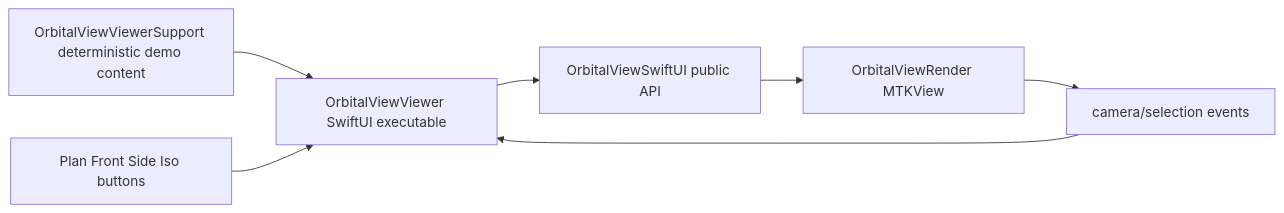
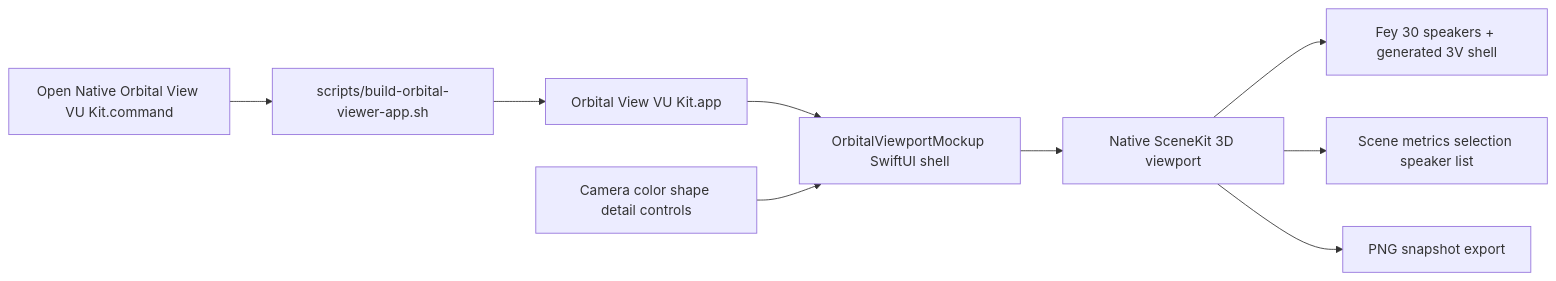
Before and after one commit to jebagu/orbital-view: diagram 12 of 15 in docs/system-flows.md, drawn with Mermaid. The commit also changed other lines of this file and 24 other files, not shown here.

````diff
--- a/docs/system-flows.md
+++ b/docs/system-flows.md
@@ -183,9 +183,11 @@
 ```mermaid
 flowchart LR
-  Support["OrbitalViewViewerSupport deterministic demo content"] --> Viewer["OrbitalViewViewer SwiftUI executable"]
-  CameraButtons["Plan Front Side Iso buttons"] --> Viewer
-  Viewer --> SwiftUI["OrbitalViewSwiftUI public API"]
-  SwiftUI --> Renderer["OrbitalViewRender MTKView"]
-  Renderer --> Events["camera/selection events"]
-  Events --> Viewer
+  Launcher["Open Native Orbital View VU Kit.command"] --> Builder["scripts/build-orbital-viewer-app.sh"]
+  Builder --> App["Orbital View VU Kit.app"]
+  App --> Mockup["OrbitalViewportMockup SwiftUI shell"]
+  Controls["Camera color shape detail controls"] --> Mockup
+  Mockup --> SceneKit["Native SceneKit 3D viewport"]
+  SceneKit --> Geometry["Fey 30 speakers + generated 3V shell"]
+  SceneKit --> Inspector["Scene metrics selection speaker list"]
+  SceneKit --> Export["PNG snapshot export"]
 ```
````
